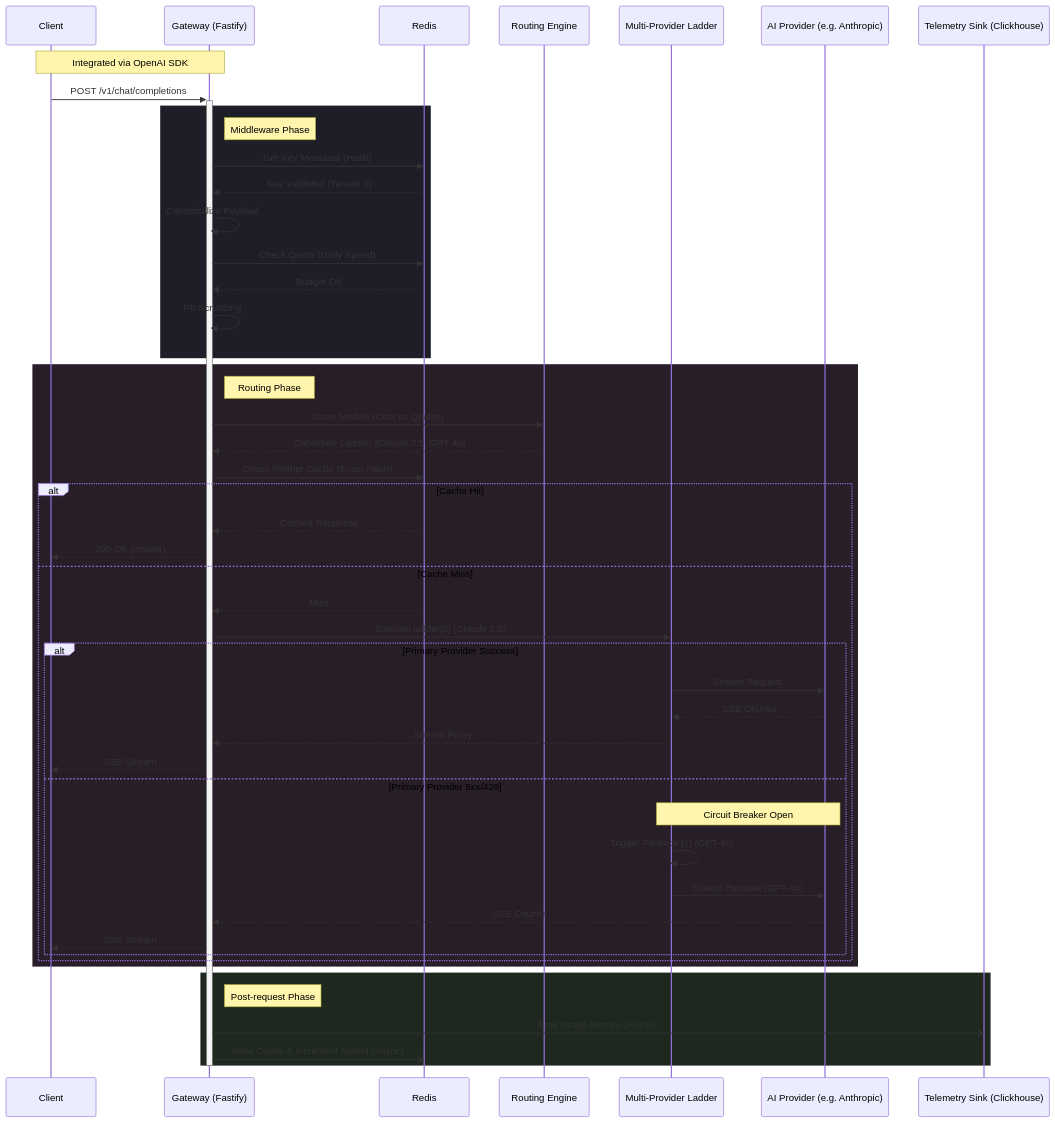
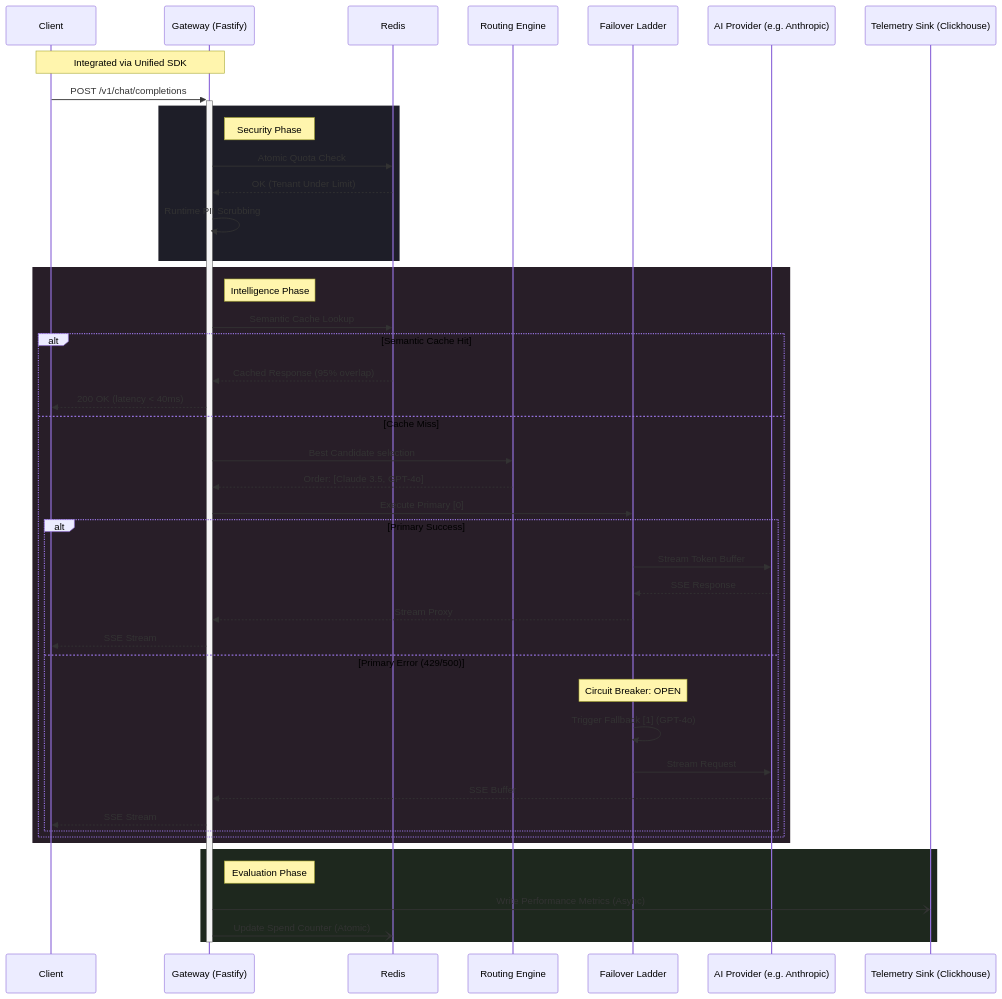
One commit to chaitanya-369/PORTOFOLIO-WEBSITE changed the second of 2 diagrams in src/content/projects/api-saviour.mdx. Above: the diagram before and after it, drawn with Mermaid. The commit also changed other lines of this file and 19 other files, not shown here.

````diff
--- a/src/content/projects/api-saviour.mdx
+++ b/src/content/projects/api-saviour.mdx
@@ -90,59 +132,56 @@
 ```mermaid
 sequenceDiagram
     participant Client
     participant GW as Gateway (Fastify)
     participant Redis
     participant Router as Routing Engine
-    participant Multi as Multi-Provider Ladder
+    participant Multi as Failover Ladder
     participant Provider as AI Provider (e.g. Anthropic)
     participant Telemetry as Telemetry Sink (Clickhouse)
 
-    Note over Client, GW: Integrated via OpenAI SDK
+    Note over Client, GW: Integrated via Unified SDK
     Client->>+GW: POST /v1/chat/completions
     
     rect rgb(30, 30, 40)
-        Note right of GW: Middleware Phase
-        GW->>Redis: Get Key Metadata (Hash)
-        Redis-->>GW: Key Validated (Tenant X)
-        GW->>GW: Canonicalize Payload
-        GW->>Redis: Check Quota (Daily Spend)
-        Redis-->>GW: Budget OK
-        GW->>GW: PII Scrubbing
+        Note right of GW: Security Phase
+        GW->>Redis: Atomic Quota Check
+        Redis-->>GW: OK (Tenant Under Limit)
+        GW->>GW: Runtime PII Scrubbing
     end
 
     rect rgb(40, 30, 40)
-        Note right of GW: Routing Phase
-        GW->>Router: Score Models (Cost vs Quality)
-        Router-->>GW: Candidate Ladder: [Claude 3.5, GPT-4o]
-        GW->>Redis: Check Prompt Cache (Exact Hash)
+        Note right of GW: Intelligence Phase
+        GW->>Redis: Semantic Cache Lookup
         
-        alt Cache Hit
-            Redis-->>GW: Cached Response
-            GW-->>Client: 200 OK (Instant)
+        alt Semantic Cache Hit
+            Redis-->>GW: Cached Response (95% overlap)
+            GW-->>Client: 200 OK (latency < 40ms)
         else Cache Miss
-            Redis-->>GW: Miss
-            GW->>Multi: Execute ladder[0] (Claude 3.5)
+            GW->>Router: Best Candidate selection
+            Router-->>GW: Order: [Claude 3.5, GPT-4o]
+            GW->>Multi: Execute Primary [0]
             
-            alt Primary Provider Success
-                Multi->>Provider: Stream Request
-                Provider-->>Multi: SSE Chunks
+            alt Primary Success
+                Multi->>Provider: Stream Token Buffer
+                Provider-->>Multi: SSE Response
                 Multi-->>GW: Stream Proxy
                 GW-->>Client: SSE Stream
-            else Primary Provider 5xx/429
-                Note over Multi, Provider: Circuit Breaker Open
+            else Primary Error (429/500)
+                Note over Multi: Circuit Breaker: OPEN
                 Multi->>Multi: Trigger Fallback [1] (GPT-4o)
-                Multi->>Provider: Stream Request (GPT-4o)
-                Provider-->>GW: SSE Chunks
+                Multi->>Provider: Stream Request
+                Provider-->>GW: SSE Buffer
                 GW-->>Client: SSE Stream
             end
         end
     end
 
     rect rgb(30, 40, 30)
-        Note right of GW: Post-request Phase
-        GW-)Telemetry: Emit Usage Metrics (Async)
-        GW-)Redis: Write Cache & Increment Spend (Async)
+        Note right of GW: Evaluation Phase
+        GW-)Telemetry: Write Performance Metrics (Async)
+        GW-)Redis: Update Spend Counter (Atomic)
     end
     
     deactivate GW
+
 ```
````
